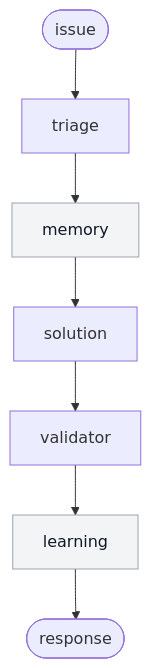
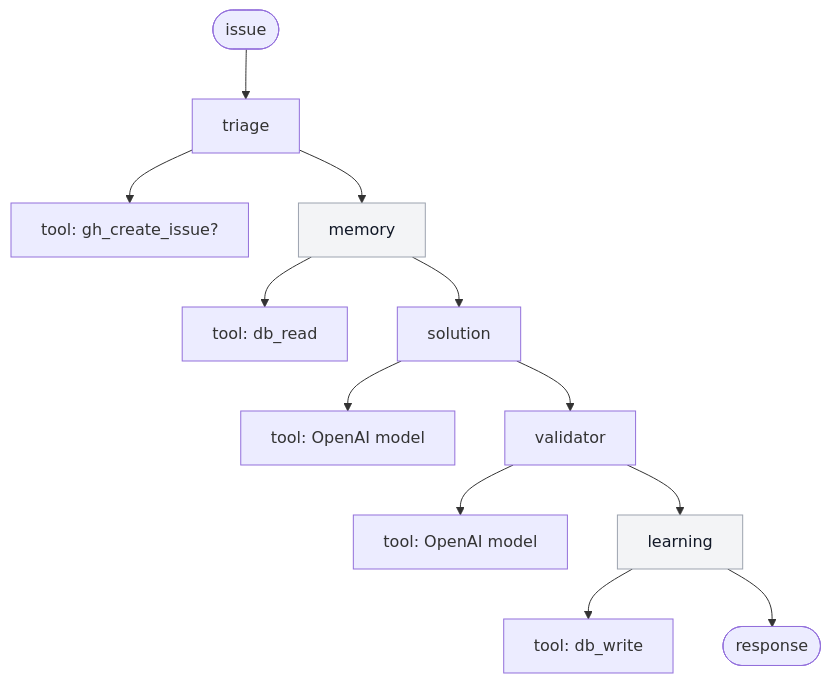
The third of 3 diagrams in README.md (harsh-m-patil/hermes), drawn with Mermaid before and after one commit. The commit also changed other lines of this file, not shown here.

Commit message:
update diagram in README.md

````diff
--- a/README.md
+++ b/README.md
@@ -103,10 +135,15 @@
 ```mermaid
 flowchart TB
   issue([issue]) --> triage
+  triage --> triage_tool["tool: gh_create_issue?"]
   triage --> memory[memory]:::db
+  memory --> memory_tool["tool: db_read"]
   memory --> solution
+  solution --> solution_tool["tool: OpenAI model"]
   solution --> validator
+  validator --> validator_tool["tool: OpenAI model"]
   validator --> learning[learning]:::db
+  learning --> learning_tool["tool: db_write"]
   learning --> response([response])
   classDef db fill:#f3f4f6,stroke:#9ca3af,color:#111827;
 ```
````
